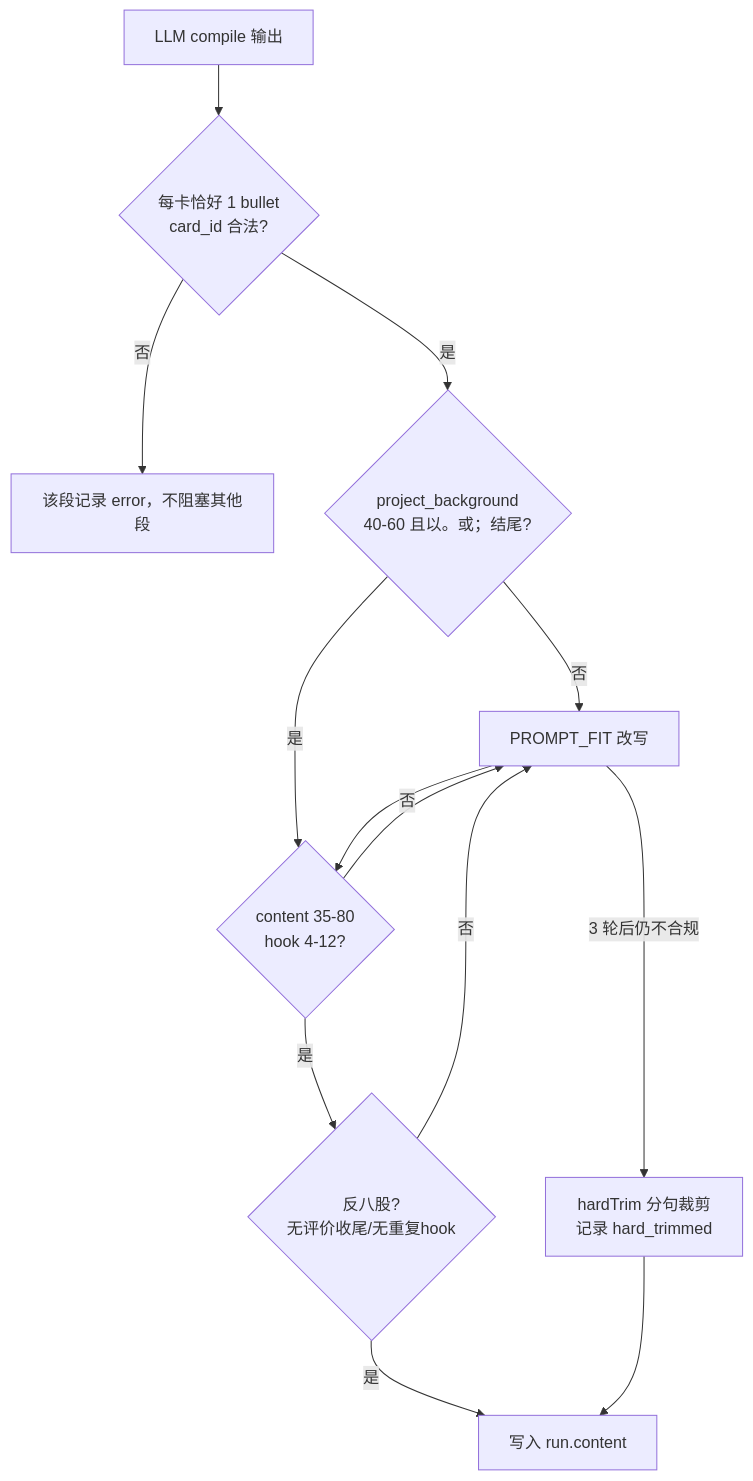
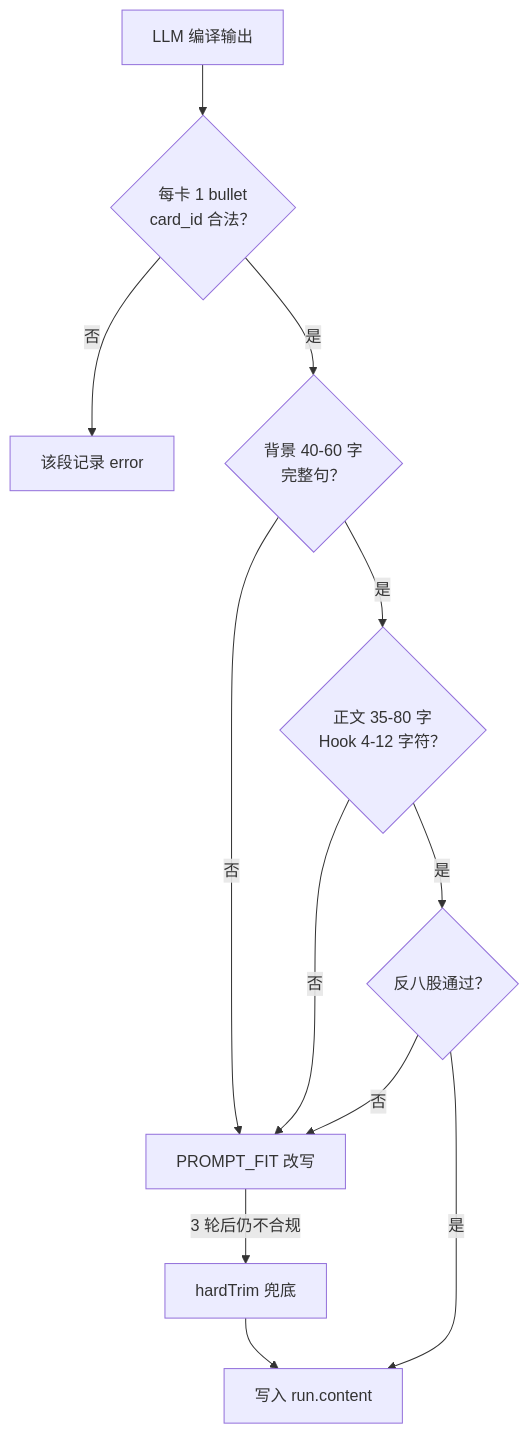
One commit to AsteriaAnna/Resume-Workbench changed the fifth of 6 diagrams in prototype/docs/MODEL-CHAIN.md. Above: the diagram before and after it, drawn with Mermaid. The commit also changed other lines of this file and 14 other files, not shown here.

Commit message:
docs: 链路图改为内嵌 PNG，补充每阶段输入/输出与支线输入说明

````diff
--- a/prototype/docs/MODEL-CHAIN.md
+++ b/prototype/docs/MODEL-CHAIN.md
@@ -287,15 +538,14 @@
 ```mermaid
-flowchart TD
-  A[LLM compile 输出] --> B{每卡恰好 1 bullet<br/>card_id 合法?}
-  B -->|否| ERR[该段记录 error，不阻塞其他段]
-  B -->|是| C{project_background<br/>40-60 且以。或；结尾?}
-  C -->|否| FIX[PROMPT_FIT 改写]
-  C -->|是| D
-  FIX --> D{content 35-80<br/>hook 4-12?}
+flowchart TB
+  A["LLM 编译输出"] --> B{"每卡 1 bullet<br/>card_id 合法？"}
+  B -->|否| ERR["该段记录 error"]
+  B -->|是| C{"背景 40-60 字<br/>完整句？"}
+  C -->|否| FIX["PROMPT_FIT 改写"]
+  C -->|是| D{"正文 35-80 字<br/>Hook 4-12 字符？"}
   D -->|否| FIX
-  D -->|是| E{反八股?<br/>无评价收尾/无重复hook}
+  D -->|是| E{"反八股通过？"}
   E -->|否| FIX
-  E -->|是| OK[写入 run.content]
-  FIX -->|3 轮后仍不合规| TRIM[hardTrim 分句裁剪<br/>记录 hard_trimmed]
+  E -->|是| OK["写入 run.content"]
+  FIX -->|3 轮后仍不合规| TRIM["hardTrim 兜底"]
   TRIM --> OK
 ```
````
